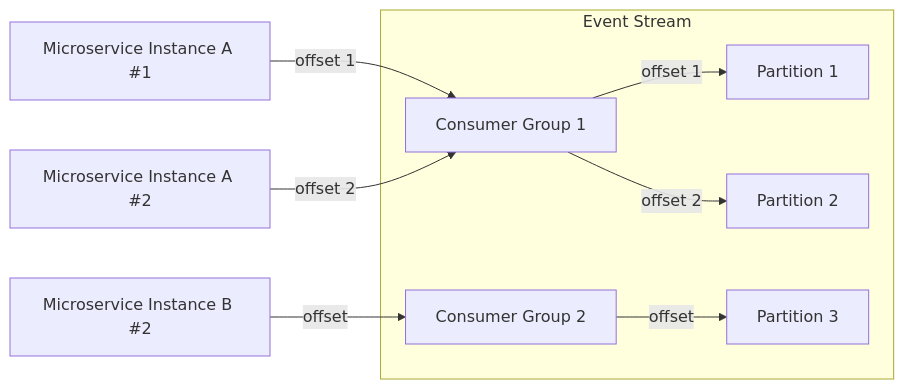
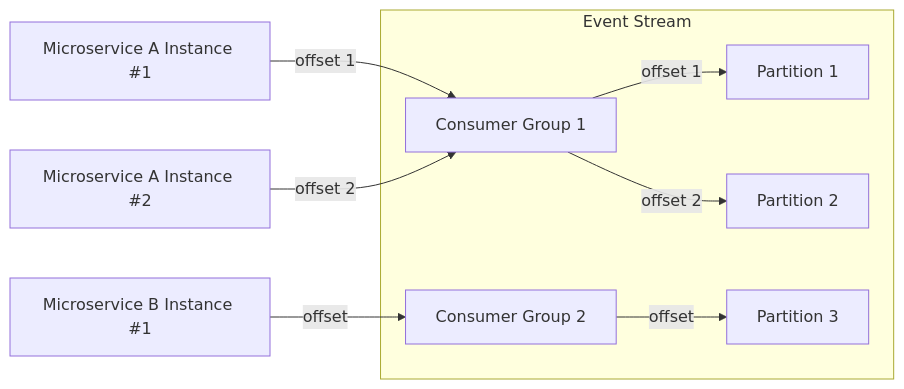
The sixth of 6 diagrams in website/docs/Building Event Driven Microservices/Définition des concepts.md (diplomegalo/event-driven), drawn with Mermaid before and after one commit.

Commit message:
fix: introduction review par Mathieu

````diff
--- a/website/docs/Building Event Driven Microservices/Définition des concepts.md
+++ b/website/docs/Building Event Driven Microservices/Définition des concepts.md
@@ -124,16 +124,16 @@
 ```mermaid
 graph LR    
     subgraph Event Stream
     A[Partition 1]
     B[Partition 2]
     C[Partition 3]
 
     D[Consumer Group 1] -- offset 1 --> A
     D -- offset 2 --> B
     E[Consumer Group 2] -- offset --> C
     end
     
-    W[Microservice Instance A #1] -- offset 1 --> D
-    X[Microservice Instance A #2] -- offset 2 --> D
-    Y[Microservice Instance B #2] -- offset --> E
+    W[Microservice A Instance #1] -- offset 1 --> D
+    X[Microservice A Instance #2] -- offset 2 --> D
+    Y[Microservice B Instance #1] -- offset --> E
 ```
````
